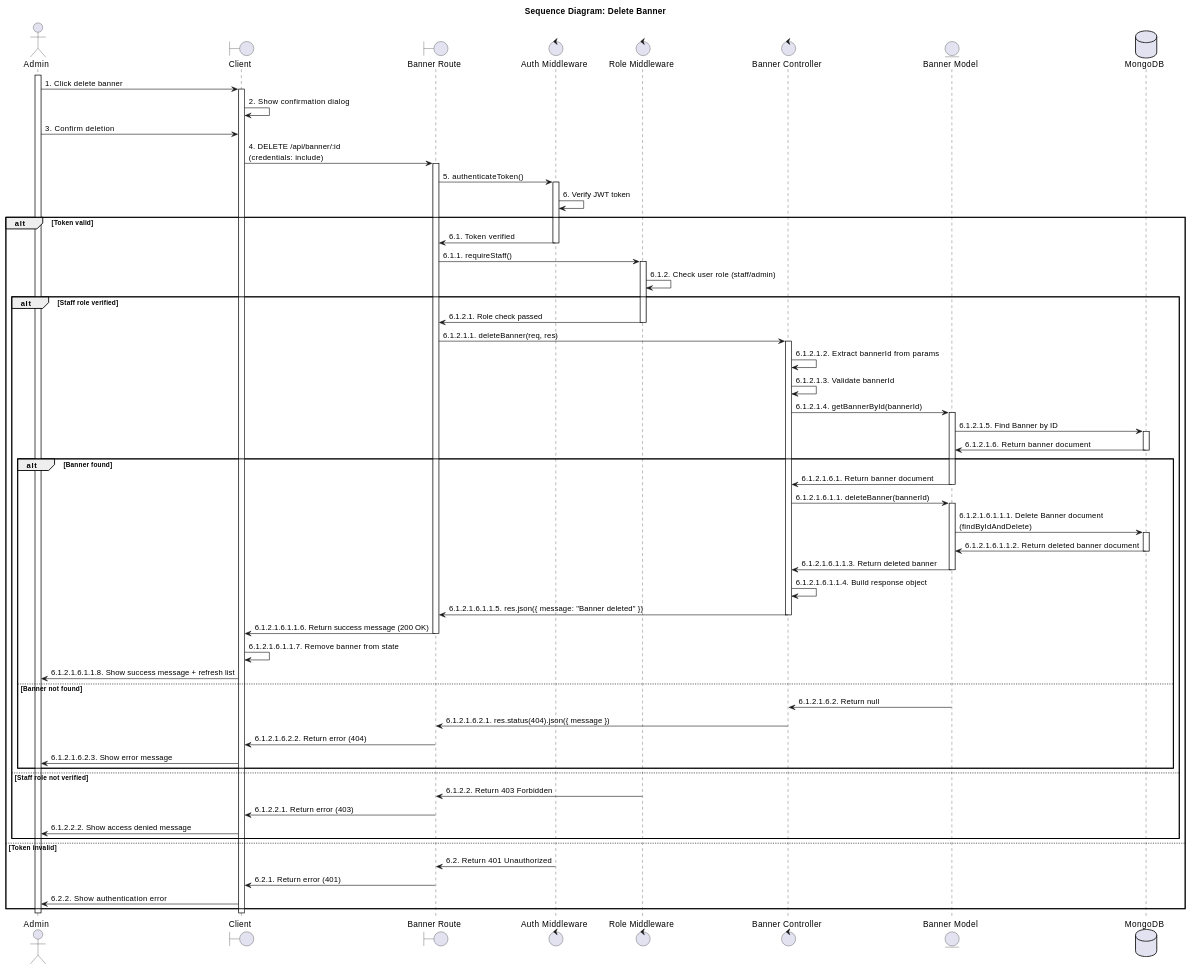
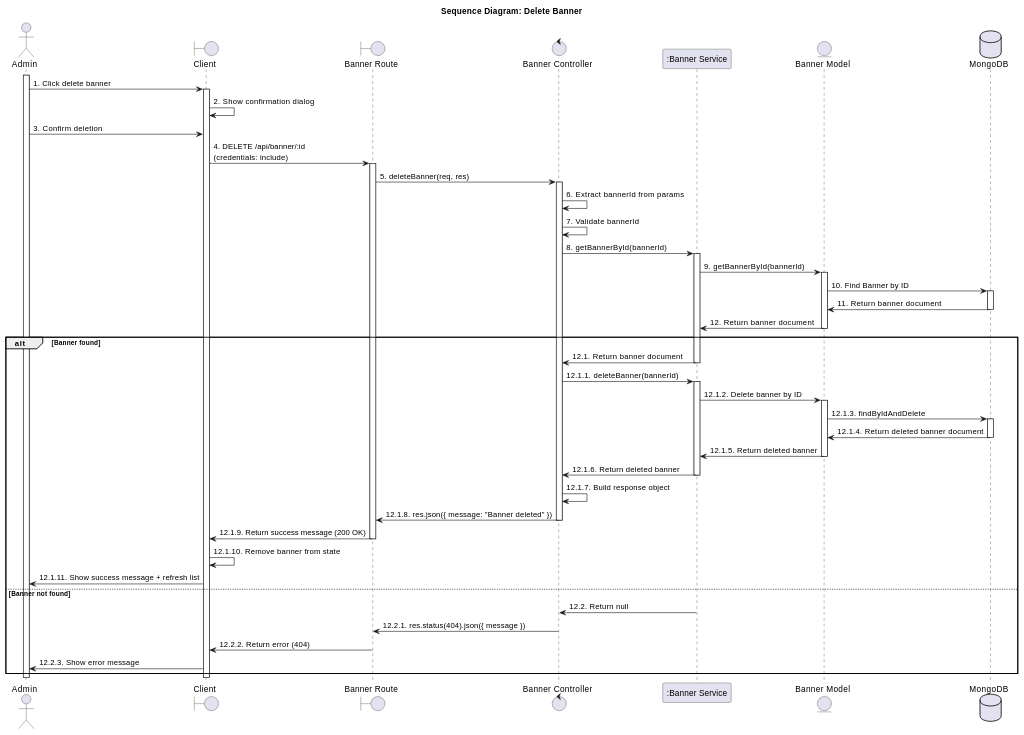
The sixth of 8 diagrams in SEQUENCE_DIAGRAMS_UC.md (SvnFrs/re-oldvibes), drawn with PlantUML before and after one commit. The commit also changed other lines of this file and 1 other file, not shown here.

```diff
--- a/SEQUENCE_DIAGRAMS_UC.md
+++ b/SEQUENCE_DIAGRAMS_UC.md
@@ -853,9 +346,8 @@
 actor Admin
 boundary "Client" as Client
 boundary "Banner Route" as Route
-control "Auth Middleware" as AuthMiddleware
-control "Role Middleware" as RoleMiddleware
 control "Banner Controller" as Controller
+participant ":Banner Service" as Service
 entity "Banner Model" as Model
 database "MongoDB" as Database
 
@@ -866,69 +358,54 @@
 Admin -> Client : 3. Confirm deletion
 Client -> Route : 4. DELETE /api/banner/:id\n(credentials: include)
 activate Route
-Route -> AuthMiddleware : 5. authenticateToken()
-activate AuthMiddleware
-AuthMiddleware -> AuthMiddleware : 6. Verify JWT token
-alt Token valid
-    AuthMiddleware -> Route : 6.1. Token verified
-    deactivate AuthMiddleware
-    Route -> RoleMiddleware : 6.1.1. requireStaff()
-    activate RoleMiddleware
-    RoleMiddleware -> RoleMiddleware : 6.1.2. Check user role (staff/admin)
-    alt Staff role verified
-        RoleMiddleware -> Route : 6.1.2.1. Role check passed
-        deactivate RoleMiddleware
-        Route -> Controller : 6.1.2.1.1. deleteBanner(req, res)
-        activate Controller
-        Controller -> Controller : 6.1.2.1.2. Extract bannerId from params
-        Controller -> Controller : 6.1.2.1.3. Validate bannerId
-        Controller -> Model : 6.1.2.1.4. getBannerById(bannerId)
-        activate Model
-        Model -> Database : 6.1.2.1.5. Find Banner by ID
-        activate Database
-        Database -> Model : 6.1.2.1.6. Return banner document
-        deactivate Database
-        alt Banner found
-            Model -> Controller : 6.1.2.1.6.1. Return banner document
-            deactivate Model
-            Controller -> Model : 6.1.2.1.6.1.1. deleteBanner(bannerId)
-            activate Model
-            Model -> Database : 6.1.2.1.6.1.1.1. Delete Banner document\n(findByIdAndDelete)
-            activate Database
-            Database -> Model : 6.1.2.1.6.1.1.2. Return deleted banner document
-            deactivate Database
-            Model -> Controller : 6.1.2.1.6.1.1.3. Return deleted banner
-            deactivate Model
-            Controller -> Controller : 6.1.2.1.6.1.1.4. Build response object
-            Controller -> Route : 6.1.2.1.6.1.1.5. res.json({ message: "Banner deleted" })
-            deactivate Controller
-            Route -> Client : 6.1.2.1.6.1.1.6. Return success message (200 OK)
-            deactivate Route
-            Client -> Client : 6.1.2.1.6.1.1.7. Remove banner from state
-            Client -> Admin : 6.1.2.1.6.1.1.8. Show success message + refresh list
-        else Banner not found
-            Model -> Controller : 6.1.2.1.6.2. Return null
-            deactivate Model
-            Controller -> Route : 6.1.2.1.6.2.1. res.status(404).json({ message })
-            deactivate Controller
-            Route -> Client : 6.1.2.1.6.2.2. Return error (404)
-            deactivate Route
-            Client -> Admin : 6.1.2.1.6.2.3. Show error message
-        end
-    else Staff role not verified
-        RoleMiddleware -> Route : 6.1.2.2. Return 403 Forbidden
-        deactivate RoleMiddleware
-        Route -> Client : 6.1.2.2.1. Return error (403)
-        deactivate Route
-        Client -> Admin : 6.1.2.2.2. Show access denied message
-    end
-else Token invalid
-    AuthMiddleware -> Route : 6.2. Return 401 Unauthorized
-    deactivate AuthMiddleware
-    Route -> Client : 6.2.1. Return error (401)
+
+Route -> Controller : 5. deleteBanner(req, res)
+activate Controller
+Controller -> Controller : 6. Extract bannerId from params
+Controller -> Controller : 7. Validate bannerId
+Controller -> Service : 8. getBannerById(bannerId)
+activate Service
+Service -> Model : 9. getBannerById(bannerId)
+activate Model
+Model -> Database : 10. Find Banner by ID
+activate Database
+Database -> Model : 11. Return banner document
+deactivate Database
+Model -> Service : 12. Return banner document
+deactivate Model
+
+alt Banner found
+    Service -> Controller : 12.1. Return banner document
+    deactivate Service
+    Controller -> Service : 12.1.1. deleteBanner(bannerId)
+    activate Service
+    Service -> Model : 12.1.2. Delete banner by ID
+    activate Model
+    Model -> Database : 12.1.3. findByIdAndDelete
+    activate Database
+    Database -> Model : 12.1.4. Return deleted banner document
+    deactivate Database
+    Model -> Service : 12.1.5. Return deleted banner
+    deactivate Model
+    Service -> Controller : 12.1.6. Return deleted banner
+    deactivate Service
+    Controller -> Controller : 12.1.7. Build response object
+    Controller -> Route : 12.1.8. res.json({ message: "Banner deleted" })
+    deactivate Controller
+    Route -> Client : 12.1.9. Return success message (200 OK)
     deactivate Route
-    Client -> Admin : 6.2.2. Show authentication error
+    Client -> Client : 12.1.10. Remove banner from state
+    Client -> Admin : 12.1.11. Show success message + refresh list
+else Banner not found
+    Service -> Controller : 12.2. Return null
+    deactivate Service
+    Controller -> Route : 12.2.1. res.status(404).json({ message })
+    deactivate Controller
+    Route -> Client : 12.2.2. Return error (404)
+    deactivate Route
+    Client -> Admin : 12.2.3. Show error message
 end
+
 deactivate Client
 deactivate Admin
 @enduml
```
